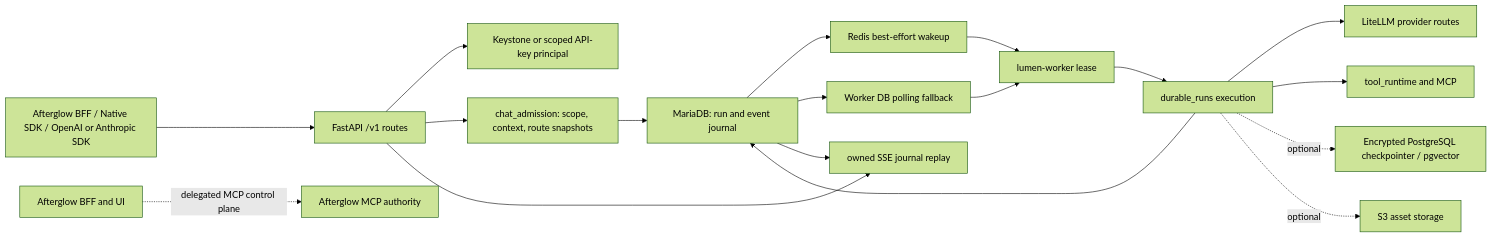
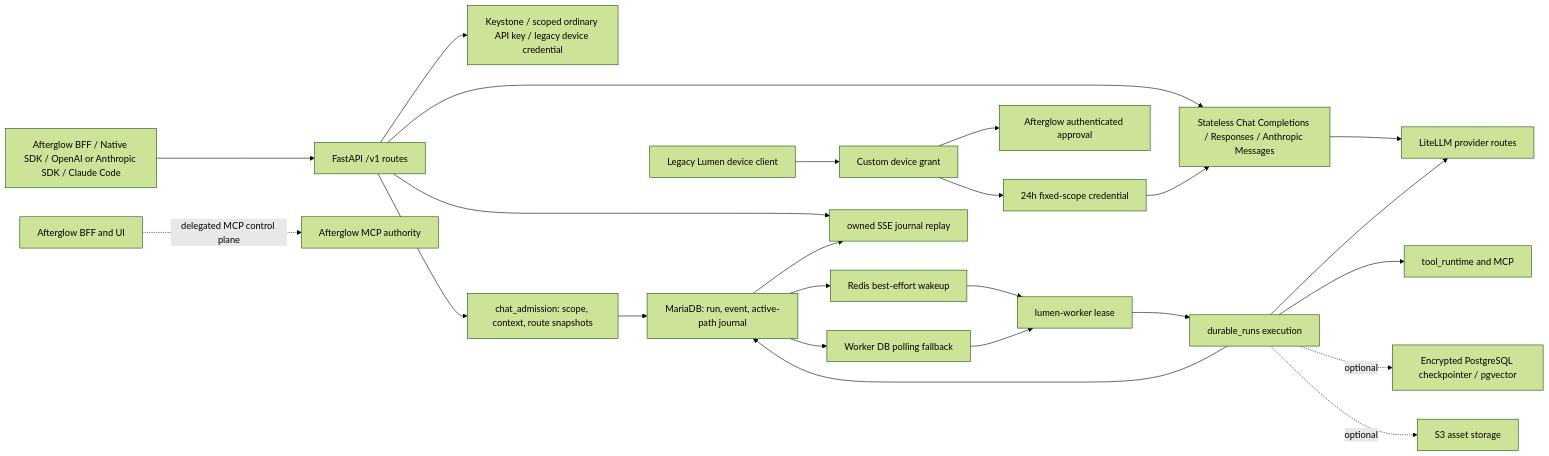
One commit to openstack-afterglow/lumen changed the diagram in ARCHITECTURE.md. Above: the diagram before and after it, drawn with Mermaid (forest theme). The commit also changed other lines of this file and 66 other files, not shown here.

````diff
--- a/ARCHITECTURE.md
+++ b/ARCHITECTURE.md
@@ -37,20 +39,26 @@
 ```mermaid
 flowchart LR
-    Client[Afterglow BFF / Native SDK / OpenAI or Anthropic SDK] --> API[FastAPI /v1 routes]
-    API --> Auth[Keystone or scoped API-key principal]
+    Client[Afterglow BFF / Native SDK / OpenAI or Anthropic SDK / Claude Code] --> API[FastAPI /v1 routes]
+    API --> Auth[Keystone / scoped ordinary API key / legacy device credential]
     API --> Admission[chat_admission: scope, context, route snapshots]
-    Admission --> Journal[MariaDB: run and event journal]
+    API --> Compat[Stateless Chat Completions / Responses / Anthropic Messages]
+    Admission --> Journal[MariaDB: run, event, active-path journal]
+    Compat --> Providers
     Journal --> Wake[Redis best-effort wakeup]
     Journal --> Poll[Worker DB polling fallback]
     Wake --> Worker[lumen-worker lease]
     Poll --> Worker
     Worker --> Execute[durable_runs execution]
     Execute --> Providers[LiteLLM provider routes]
     Execute --> Tools[tool_runtime and MCP]
     Execute --> Journal
     API --> SSE[owned SSE journal replay]
     Journal --> SSE
     Execute -. optional .-> PG[Encrypted PostgreSQL checkpointer / pgvector]
     Execute -. optional .-> S3[S3 asset storage]
     Afterglow[Afterglow BFF and UI] -. delegated MCP control plane .-> MCP[Afterglow MCP authority]
+    CustomDeviceClient[Legacy Lumen device client] --> Device[Custom device grant]
+    Device --> AfterglowAuth[Afterglow authenticated approval]
+    Device --> GatewayKey[24h fixed-scope credential]
+    GatewayKey --> Compat
 ```
````
